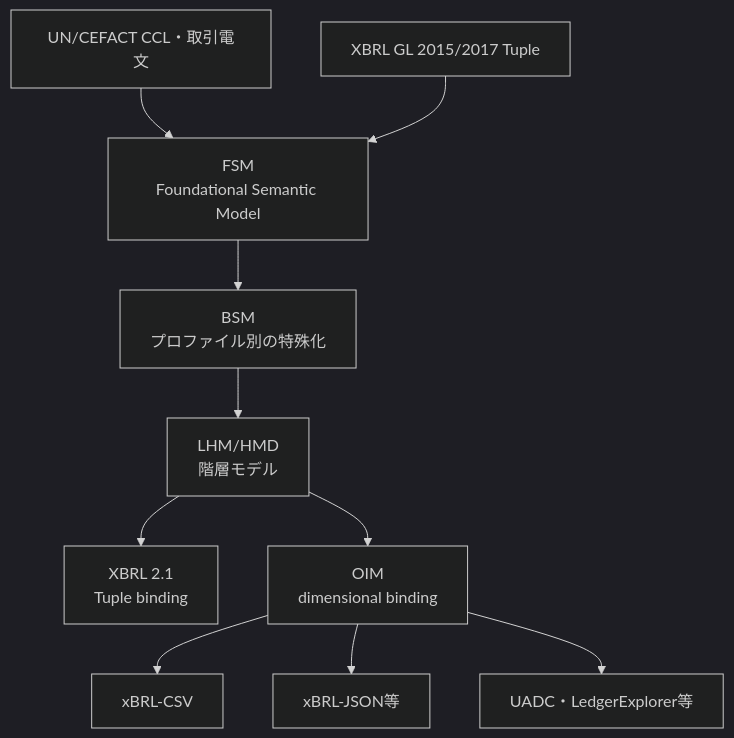
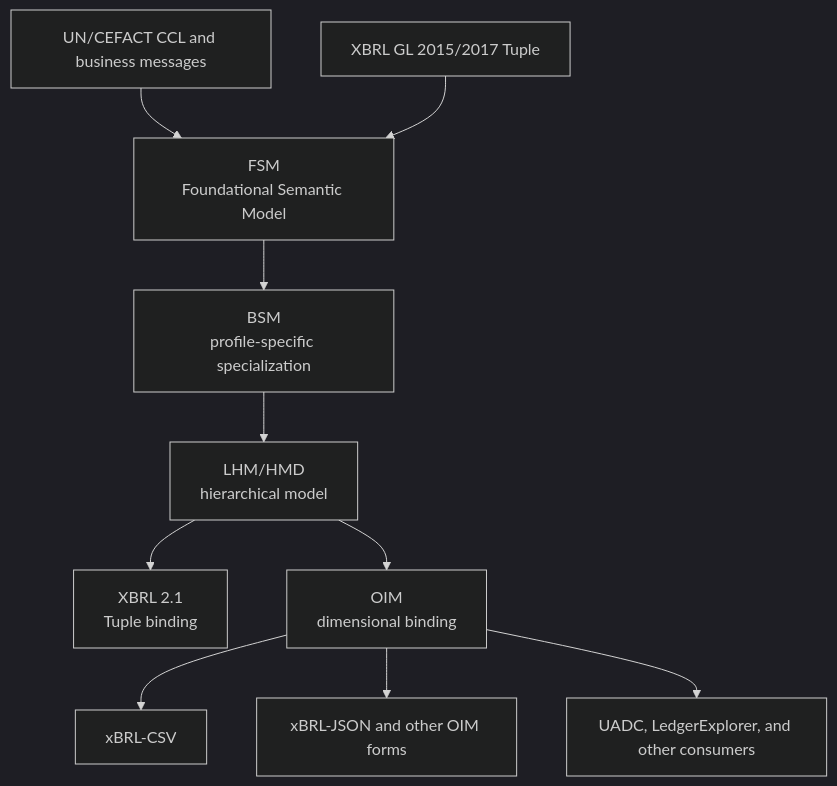
Before and after one commit to pontsoleil/XBRL_GL_Next: the diagram in README.md, drawn with Mermaid (dark theme). The commit also changed other lines of this file and 1 other file, not shown here.

````diff
--- a/README.md
+++ b/README.md
@@ -30,12 +53,12 @@
 ```mermaid
 flowchart TB
-    CCL["UN/CEFACT CCL・取引電文"] --> FSM["FSM<br>Foundational Semantic Model"]
+    CCL["UN/CEFACT CCL and business messages"] --> FSM["FSM<br>Foundational Semantic Model"]
     GL["XBRL GL 2015/2017 Tuple"] --> FSM
-    FSM --> BSM["BSM<br>プロファイル別の特殊化"]
-    BSM --> LHM["LHM/HMD<br>階層モデル"]
+    FSM --> BSM["BSM<br>profile-specific specialization"]
+    BSM --> LHM["LHM/HMD<br>hierarchical model"]
     LHM --> XML["XBRL 2.1<br>Tuple binding"]
     LHM --> OIM["OIM<br>dimensional binding"]
     OIM --> CSV["xBRL-CSV"]
-    OIM --> JSON["xBRL-JSON等"]
-    OIM --> CONSUMERS["UADC・LedgerExplorer等"]
+    OIM --> JSON["xBRL-JSON and other OIM forms"]
+    OIM --> CONSUMERS["UADC, LedgerExplorer, and other consumers"]
 ```
````
